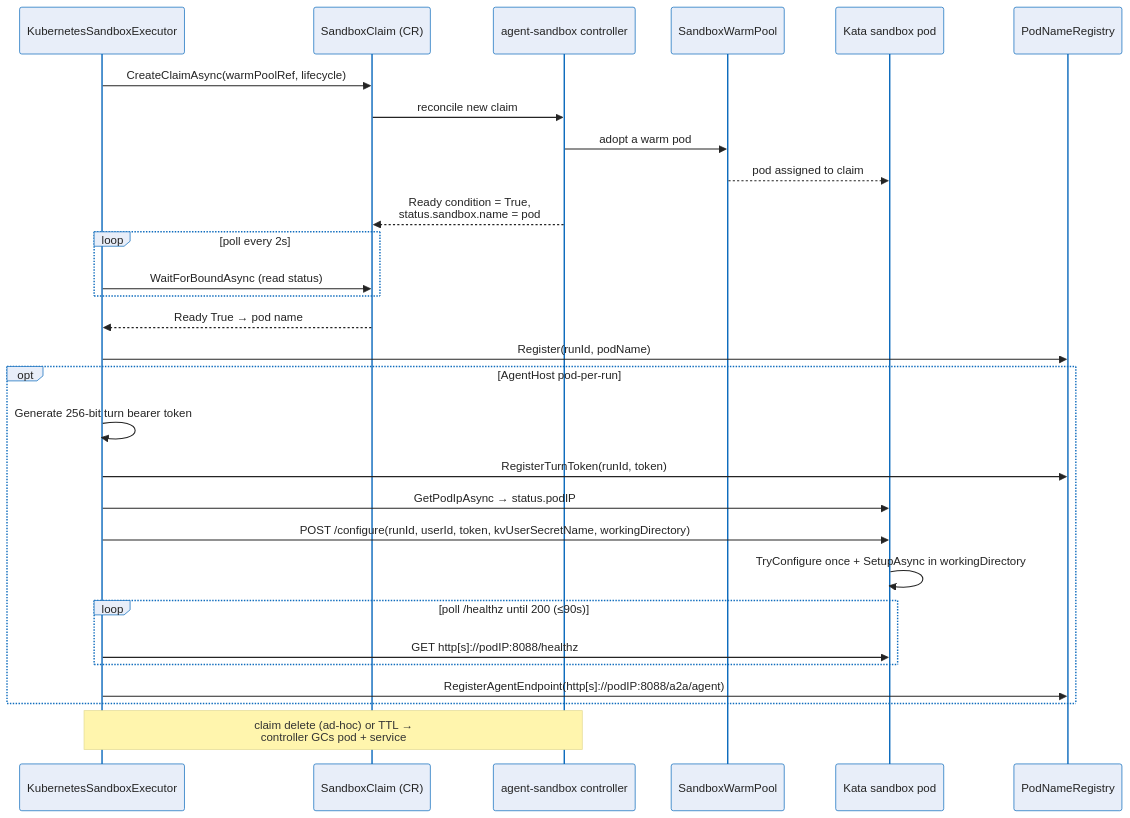
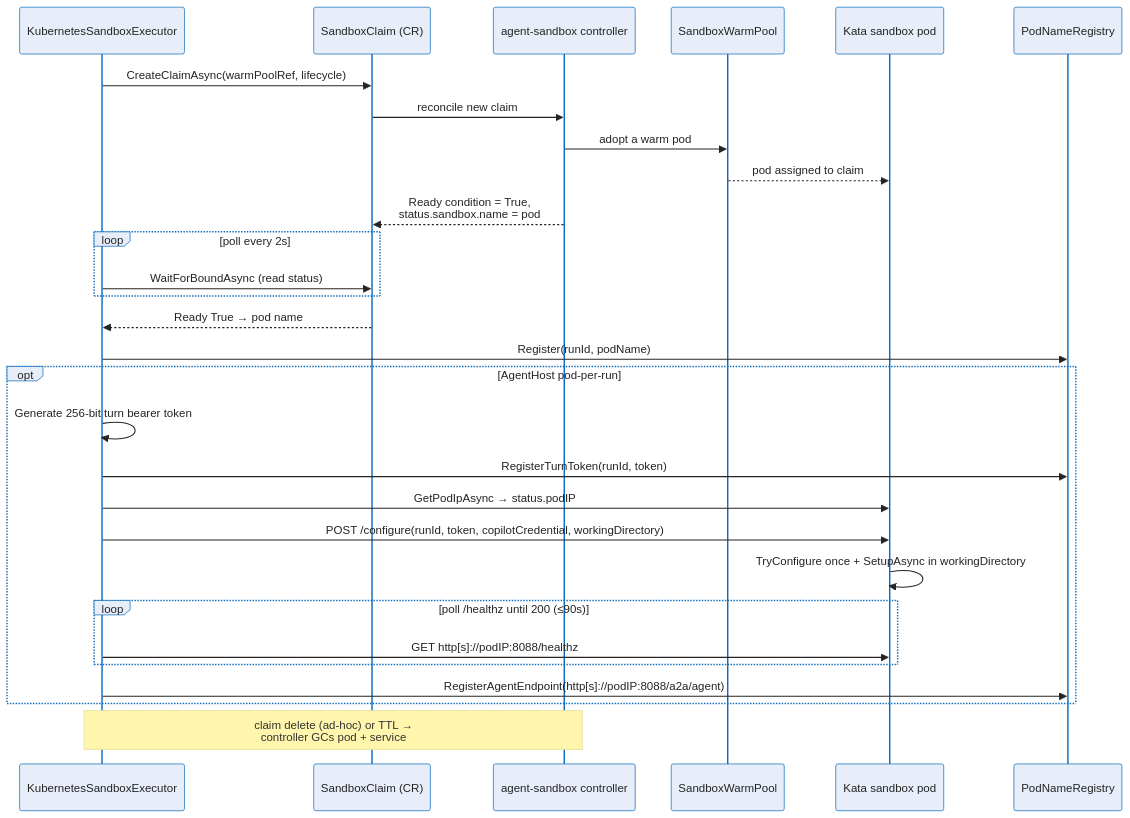
Before and after one commit to sabbour/agentweaver: the first of 3 diagrams in docs/deep-dive/sandbox-pod-execution.md, drawn with Mermaid. The commit also changed other lines of this file and 74 other files, not shown here.

````diff
--- a/docs/deep-dive/sandbox-pod-execution.md
+++ b/docs/deep-dive/sandbox-pod-execution.md
@@ -342,32 +342,32 @@
 ```mermaid
 %%{init: {'theme':'base','themeVariables':{'fontFamily':'Segoe UI, system-ui, -apple-system, sans-serif','fontSize':'15px','primaryColor':'#E8EEF9','primaryBorderColor':'#0F6CBD','primaryTextColor':'#242424','lineColor':'#605E5C','clusterBkg':'#FAF9F8','clusterBorder':'#D2D0CE','edgeLabelBackground':'#FFFFFF'}}}%%
 sequenceDiagram
     participant Exec as KubernetesSandboxExecutor
     participant Claim as SandboxClaim (CR)
     participant Ctrl as agent-sandbox controller
     participant Pool as SandboxWarmPool
     participant Pod as Kata sandbox pod
     participant Reg as PodNameRegistry
     Exec->>Claim: CreateClaimAsync(warmPoolRef, lifecycle)
     Claim->>Ctrl: reconcile new claim
     Ctrl->>Pool: adopt a warm pod
     Pool-->>Pod: pod assigned to claim
     Ctrl-->>Claim: Ready condition = True,<br/>status.sandbox.name = pod
     loop poll every 2s
         Exec->>Claim: WaitForBoundAsync (read status)
     end
     Claim-->>Exec: Ready True → pod name
     Exec->>Reg: Register(runId, podName)
     opt AgentHost pod-per-run
         Exec->>Exec: Generate 256-bit turn bearer token
         Exec->>Reg: RegisterTurnToken(runId, token)
         Exec->>Pod: GetPodIpAsync → status.podIP
-        Exec->>Pod: POST /configure(runId, userId, token, kvUserSecretName, workingDirectory)
+        Exec->>Pod: POST /configure(runId, token, copilotCredential, workingDirectory)
         Pod->>Pod: TryConfigure once + SetupAsync in workingDirectory
         loop poll /healthz until 200 (≤90s)
             Exec->>Pod: GET http[s]://podIP:8088/healthz
         end
         Exec->>Reg: RegisterAgentEndpoint(http[s]://podIP:8088/a2a/agent)
     end
     Note over Exec,Ctrl: claim delete (ad-hoc) or TTL →<br/>controller GCs pod + service
 ```
````
